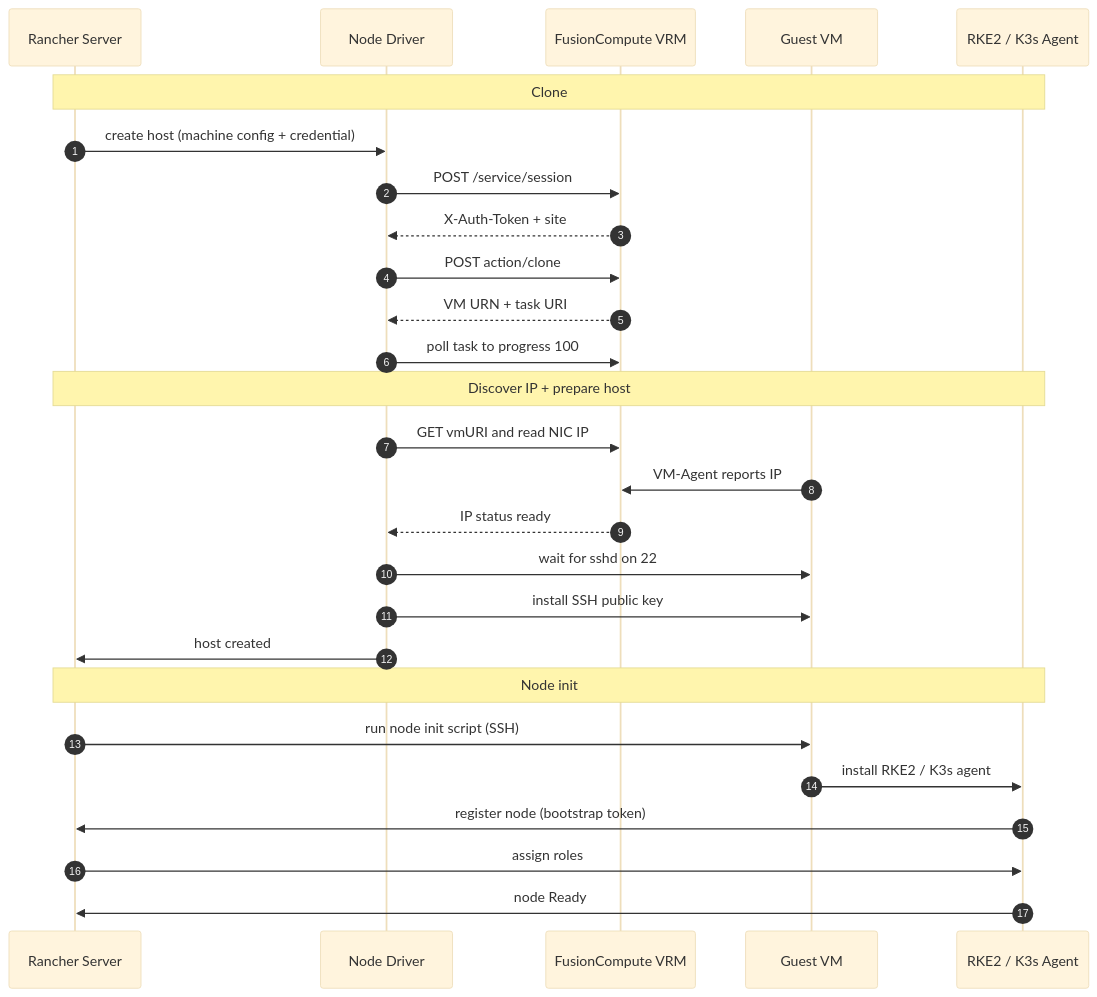
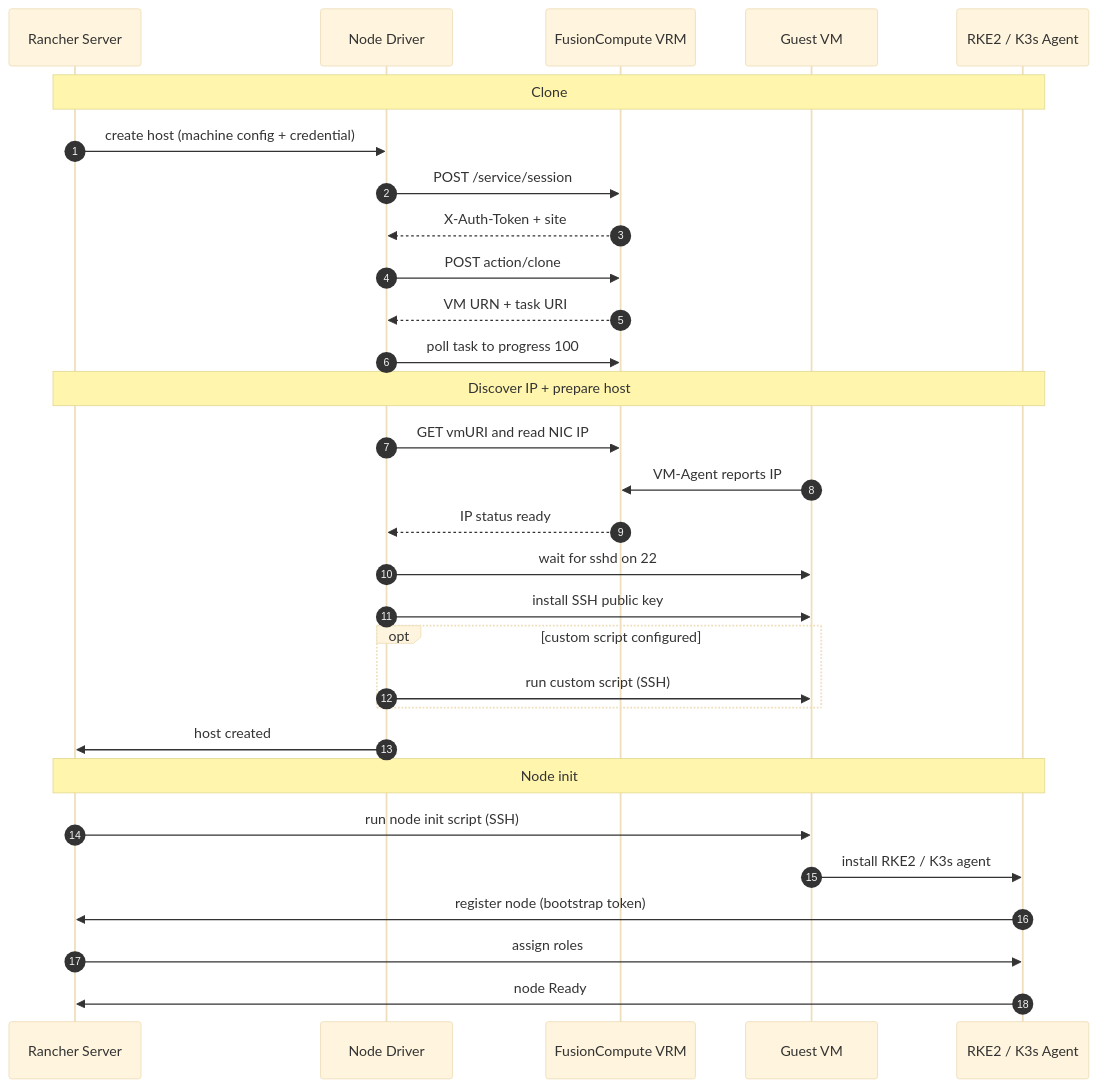
Before and after one commit to chris-ng-1987/rancher-huawei-fusioncompute-node-provider: the diagram in README.md, drawn with Mermaid (base theme). The commit also changed other lines of this file, not shown here.

Commit message:
docs: show custom script in provisioning flow

````diff
--- a/README.md
+++ b/README.md
@@ -151,32 +153,35 @@
 ```mermaid
 sequenceDiagram
     autonumber
     participant Rancher as Rancher Server
     participant Driver as Node Driver
     participant VRM as FusionCompute VRM
     participant Guest as Guest VM
     participant Agent as RKE2 / K3s Agent
 
     Note over Rancher,Agent: Clone
     Rancher->>Driver: create host (machine config + credential)
     Driver->>VRM: POST /service/session
     VRM-->>Driver: X-Auth-Token + site
     Driver->>VRM: POST action/clone
     VRM-->>Driver: VM URN + task URI
     Driver->>VRM: poll task to progress 100
 
     Note over Rancher,Agent: Discover IP + prepare host
     Driver->>VRM: GET vmURI and read NIC IP
     Guest->>VRM: VM-Agent reports IP
     VRM-->>Driver: IP status ready
     Driver->>Guest: wait for sshd on 22
     Driver->>Guest: install SSH public key
+    opt custom script configured
+        Driver->>Guest: run custom script (SSH)
+    end
     Driver->>Rancher: host created
 
     Note over Rancher,Agent: Node init
     Rancher->>Guest: run node init script (SSH)
     Guest->>Agent: install RKE2 / K3s agent
     Agent->>Rancher: register node (bootstrap token)
     Rancher->>Agent: assign roles
     Agent->>Rancher: node Ready
 ```
````
